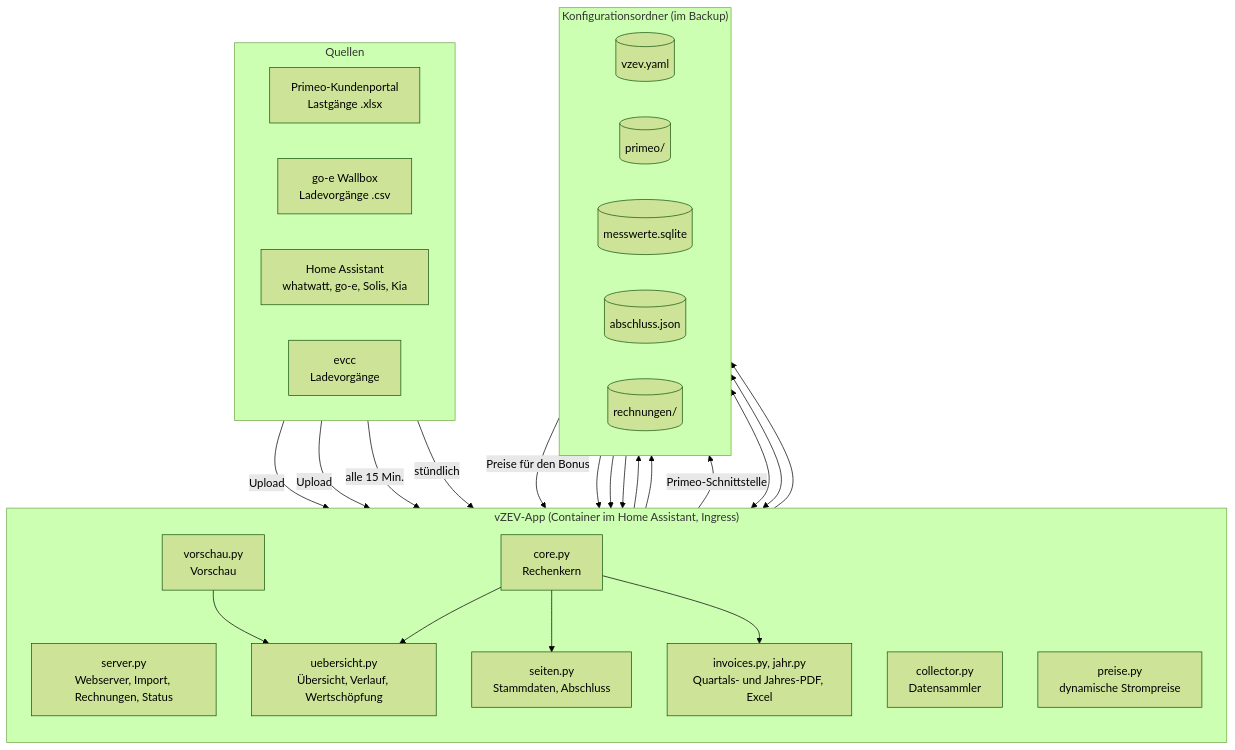
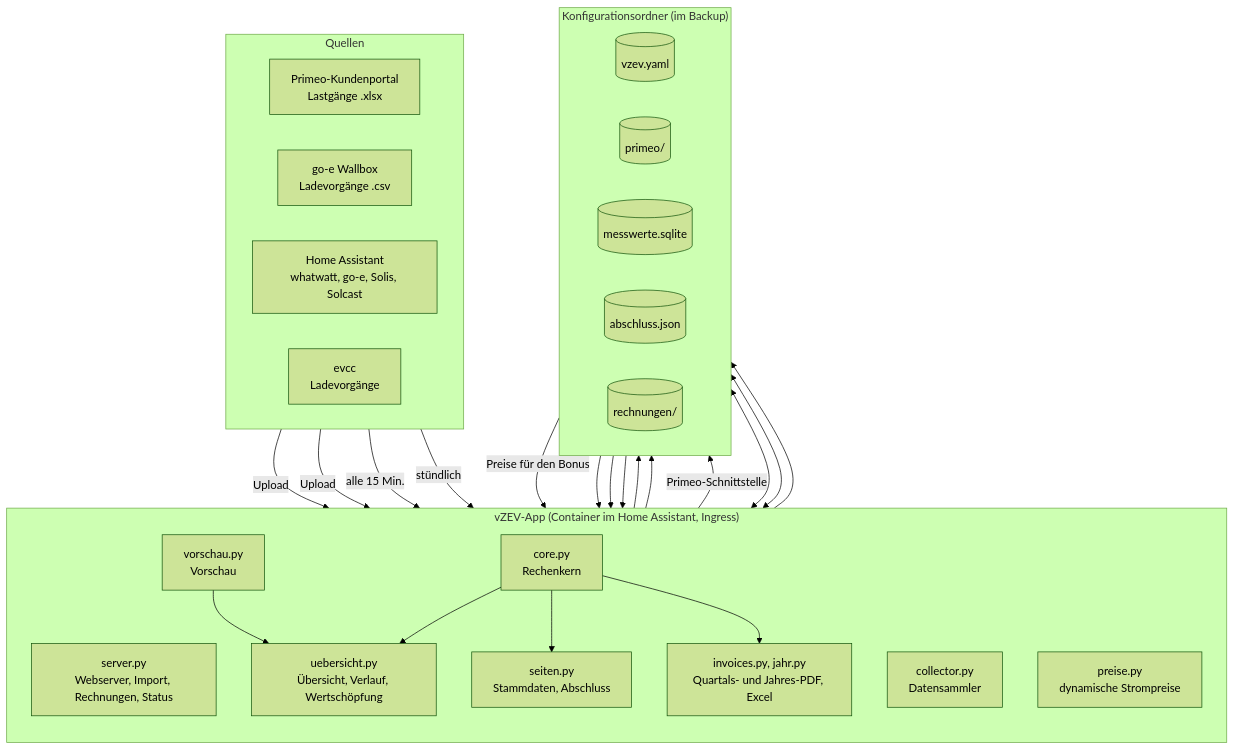
One commit to khu1985/vzev-ha changed the first of 5 diagrams in README.md. Above: the diagram before and after it, drawn with Mermaid (forest theme). The commit also changed other lines of this file and 16 other files, not shown here.

````diff
--- a/README.md
+++ b/README.md
@@ -25,47 +25,47 @@
 ```mermaid
 flowchart TB
     subgraph Quellen
         direction LR
         P["Primeo-Kundenportal<br/>Lastgänge .xlsx"]
         W["go-e Wallbox<br/>Ladevorgänge .csv"]
-        HA["Home Assistant<br/>whatwatt, go-e, Solis, Kia"]
+        HA["Home Assistant<br/>whatwatt, go-e, Solis, Solcast"]
         E["evcc<br/>Ladevorgänge"]
     end
 
     subgraph App["vZEV-App (Container im Home Assistant, Ingress)"]
         direction TB
         S["server.py<br/>Webserver, Import, Rechnungen, Status"]
         CO["collector.py<br/>Datensammler"]
         C["core.py<br/>Rechenkern"]
         V["vorschau.py<br/>Vorschau"]
         U["uebersicht.py<br/>Übersicht, Verlauf, Wertschöpfung"]
         SE["seiten.py<br/>Stammdaten, Abschluss"]
         I["invoices.py, jahr.py<br/>Quartals- und Jahres-PDF, Excel"]
         PZ["preise.py<br/>dynamische Strompreise"]
     end
 
     subgraph Daten["Konfigurationsordner (im Backup)"]
         direction LR
         Y[("vzev.yaml")]
         PR[("primeo/")]
         DB[("messwerte.sqlite")]
         AB[("abschluss.json")]
         R[("rechnungen/")]
     end
 
     P & W -- Upload --> S --> PR
     HA -- "alle 15 Min." --> CO
     E -- stündlich --> CO
     CO --> DB
     PZ -- "Primeo-Schnittstelle" --> DB
     DB -- "Preise für den Bonus" --> C
     PR --> C
     Y --> C
     DB --> V
     C --> U
     V --> U
     C --> SE
     SE <--> Y
     SE <--> AB
     C --> I --> R
 ```
````
